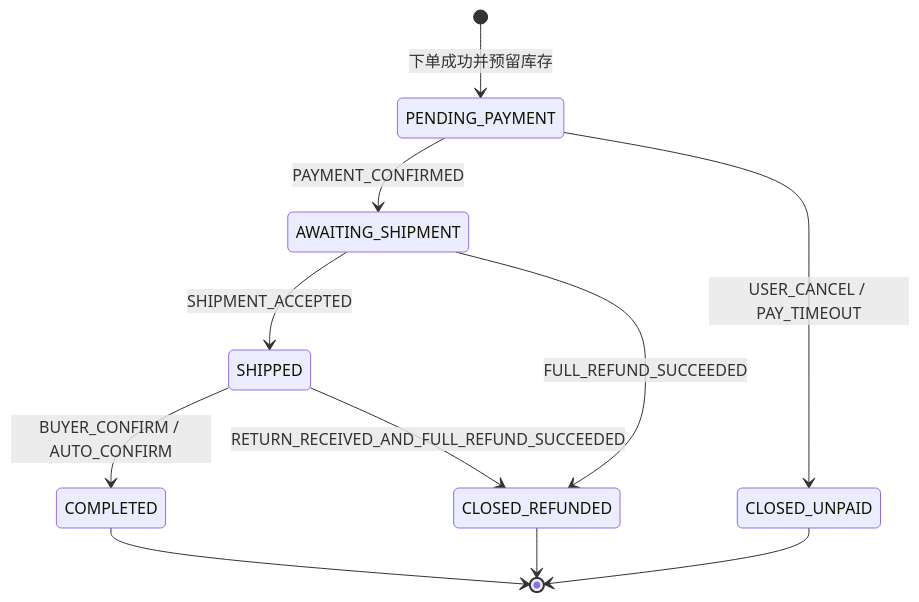
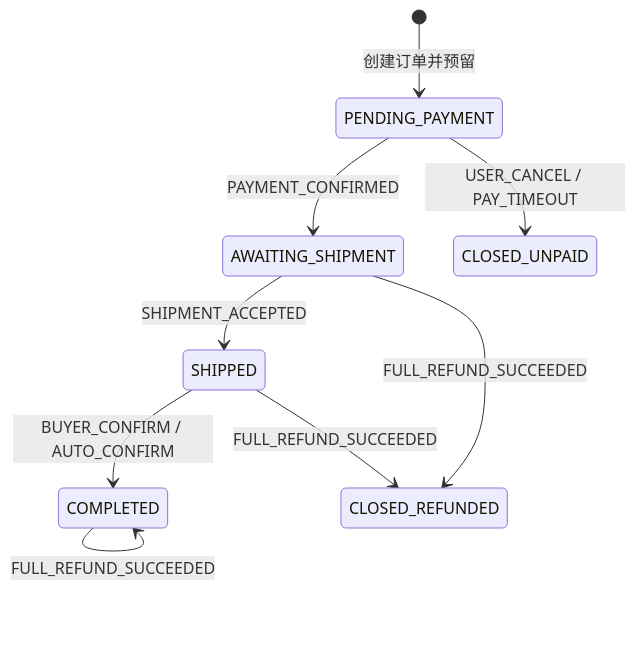
The first of 2 diagrams in docs/design/01-订单状态机.md (kamten7/TradeTrail), drawn with Mermaid before and after one commit. The commit also changed other lines of this file and 12 other files, not shown here.

````diff
--- a/docs/design/01-订单状态机.md
+++ b/docs/design/01-订单状态机.md
@@ -21,13 +23,11 @@
 ```mermaid
 stateDiagram-v2
-    [*] --> PENDING_PAYMENT: 下单成功并预留库存
+    [*] --> PENDING_PAYMENT: 创建订单并预留
     PENDING_PAYMENT --> AWAITING_SHIPMENT: PAYMENT_CONFIRMED
     PENDING_PAYMENT --> CLOSED_UNPAID: USER_CANCEL / PAY_TIMEOUT
     AWAITING_SHIPMENT --> SHIPPED: SHIPMENT_ACCEPTED
+    SHIPPED --> COMPLETED: BUYER_CONFIRM / AUTO_CONFIRM
     AWAITING_SHIPMENT --> CLOSED_REFUNDED: FULL_REFUND_SUCCEEDED
-    SHIPPED --> COMPLETED: BUYER_CONFIRM / AUTO_CONFIRM
-    SHIPPED --> CLOSED_REFUNDED: RETURN_RECEIVED_AND_FULL_REFUND_SUCCEEDED
-    COMPLETED --> [*]
-    CLOSED_UNPAID --> [*]
-    CLOSED_REFUNDED --> [*]
+    SHIPPED --> CLOSED_REFUNDED: FULL_REFUND_SUCCEEDED
+    COMPLETED --> COMPLETED: FULL_REFUND_SUCCEEDED
 ```
````
